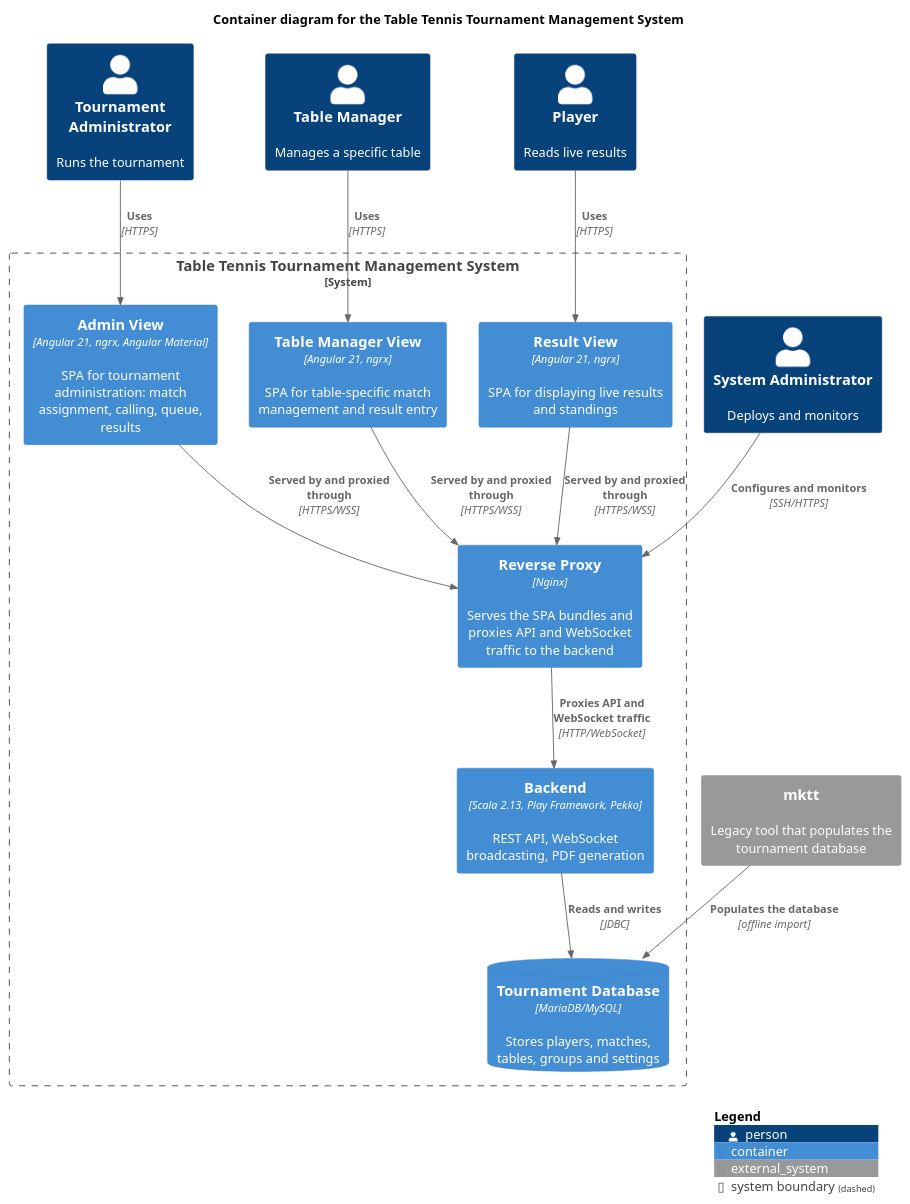
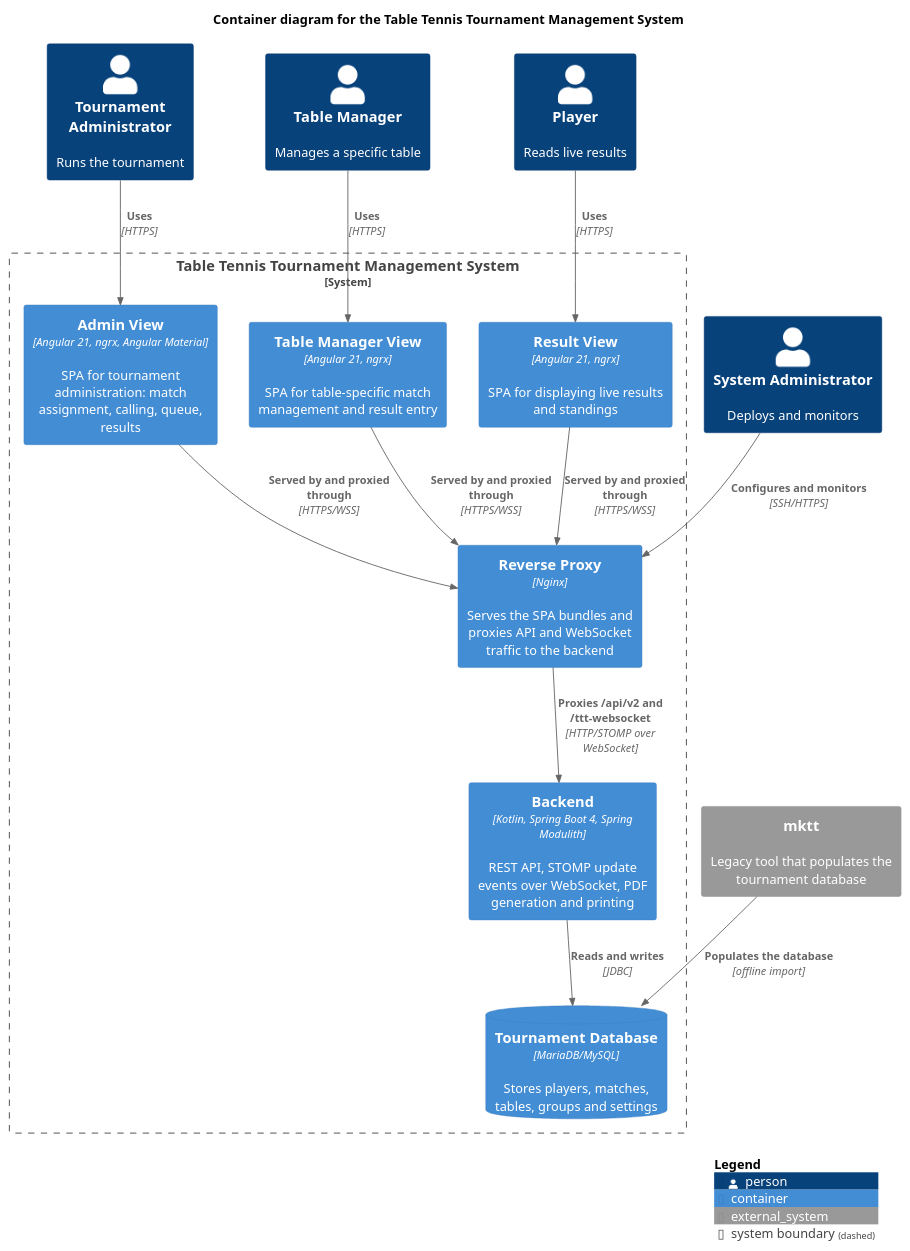
One commit to table-tennis-tournament/management-clients changed the diagram in docs/arc42/diagrams/container.puml. Above: the diagram before and after it, drawn with PlantUML. The commit also changed 8 other files, not shown here.

First line of the commit message:
docs: show the Kotlin/Spring backend in the arc42 diagrams and text

```diff
--- a/docs/arc42/diagrams/container.puml
+++ b/docs/arc42/diagrams/container.puml
@@ -1,39 +1,39 @@
 @startuml
 !include C4/C4_Container.puml
 
 LAYOUT_WITH_LEGEND()
 
 title Container diagram for the Table Tennis Tournament Management System
 
 Person(admin, "Tournament Administrator", "Runs the tournament")
 Person(tableManager, "Table Manager", "Manages a specific table")
 Person(player, "Player", "Reads live results")
 Person(sysadmin, "System Administrator", "Deploys and monitors")
 
 System_Boundary(tournamentSystem, "Table Tennis Tournament Management System") {
     Container(adminView, "Admin View", "Angular 21, ngrx, Angular Material", "SPA for tournament administration: match assignment, calling, queue, results")
     Container(resultView, "Result View", "Angular 21, ngrx", "SPA for displaying live results and standings")
     Container(tableManagerView, "Table Manager View", "Angular 21, ngrx", "SPA for table-specific match management and result entry")
     Container(nginx, "Reverse Proxy", "Nginx", "Serves the SPA bundles and proxies API and WebSocket traffic to the backend")
-    Container(backend, "Backend", "Scala 2.13, Play Framework, Pekko", "REST API, WebSocket broadcasting, PDF generation")
+    Container(backend, "Backend", "Kotlin, Spring Boot 4, Spring Modulith", "REST API, STOMP update events over WebSocket, PDF generation and printing")
     ContainerDb(mariadb, "Tournament Database", "MariaDB/MySQL", "Stores players, matches, tables, groups and settings")
 }
 
 System_Ext(mktt, "mktt", "Legacy tool that populates the tournament database")
 
 Rel(admin, adminView, "Uses", "HTTPS")
 Rel(tableManager, tableManagerView, "Uses", "HTTPS")
 Rel(player, resultView, "Uses", "HTTPS")
 Rel(sysadmin, nginx, "Configures and monitors", "SSH/HTTPS")
 
 Rel(adminView, nginx, "Served by and proxied through", "HTTPS/WSS")
 Rel(resultView, nginx, "Served by and proxied through", "HTTPS/WSS")
 Rel(tableManagerView, nginx, "Served by and proxied through", "HTTPS/WSS")
 
-Rel(nginx, backend, "Proxies API and WebSocket traffic", "HTTP/WebSocket")
+Rel(nginx, backend, "Proxies /api/v2 and /ttt-websocket", "HTTP/STOMP over WebSocket")
 Rel(backend, mariadb, "Reads and writes", "JDBC")
 
 Rel(mktt, mariadb, "Populates the database", "offline import")
 
 SHOW_LEGEND()
 @enduml
```
